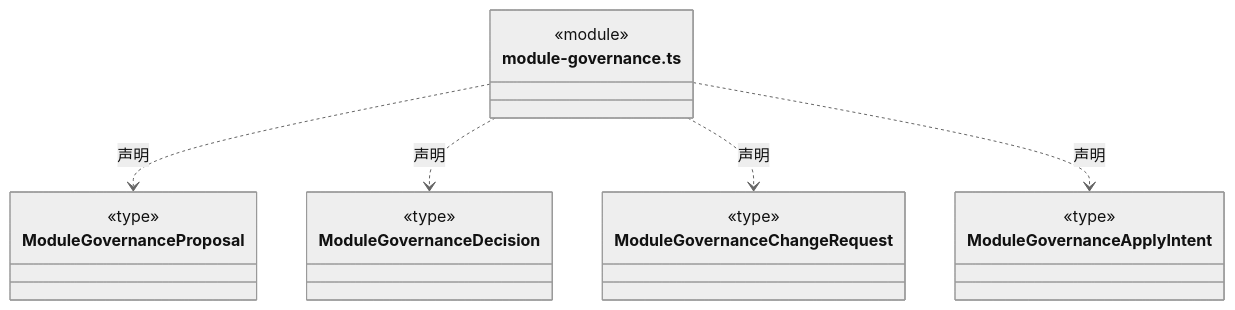
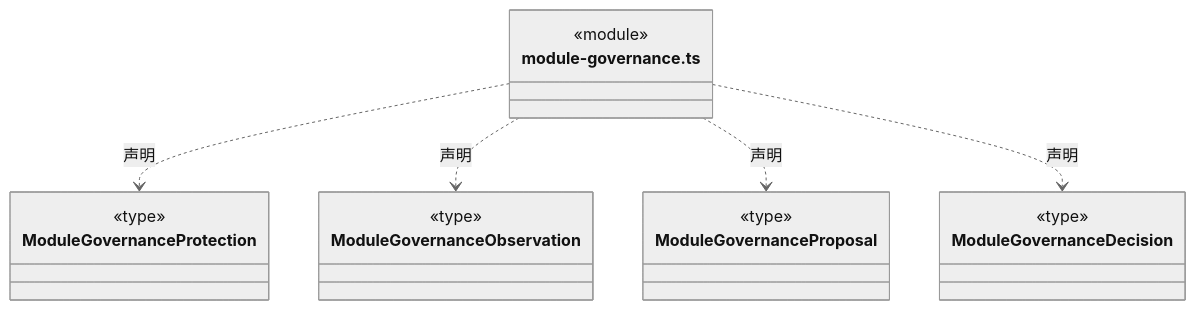
Before and after one commit to nan023062/cbim: the eighth of 13 diagrams in src/backend/core/governance/ARCHITECTURE.md, drawn with Mermaid (neutral theme). The commit also changed other lines of this file and 53 other files, not shown here.

````diff
--- a/src/backend/core/governance/ARCHITECTURE.md
+++ b/src/backend/core/governance/ARCHITECTURE.md
@@ -107,26 +210,26 @@
 ```mermaid
 classDiagram
 class N_src_backend_core_governance_module_governance_ts["module-governance.ts"] {
   <<module>>
 }
+class N_src_backend_core_governance_module_governance_ts_ModuleGovernanceProtection["ModuleGovernanceProtection"] {
+  <<type>>
+
+}
+N_src_backend_core_governance_module_governance_ts ..> N_src_backend_core_governance_module_governance_ts_ModuleGovernanceProtection : 声明
+class N_src_backend_core_governance_module_governance_ts_ModuleGovernanceObservation["ModuleGovernanceObservation"] {
+  <<type>>
+
+}
+N_src_backend_core_governance_module_governance_ts ..> N_src_backend_core_governance_module_governance_ts_ModuleGovernanceObservation : 声明
 class N_src_backend_core_governance_module_governance_ts_ModuleGovernanceProposal["ModuleGovernanceProposal"] {
   <<type>>
 
 }
 N_src_backend_core_governance_module_governance_ts ..> N_src_backend_core_governance_module_governance_ts_ModuleGovernanceProposal : 声明
 class N_src_backend_core_governance_module_governance_ts_ModuleGovernanceDecision["ModuleGovernanceDecision"] {
   <<type>>
 
 }
 N_src_backend_core_governance_module_governance_ts ..> N_src_backend_core_governance_module_governance_ts_ModuleGovernanceDecision : 声明
-class N_src_backend_core_governance_module_governance_ts_ModuleGovernanceChangeRequest["ModuleGovernanceChangeRequest"] {
-  <<type>>
-
-}
-N_src_backend_core_governance_module_governance_ts ..> N_src_backend_core_governance_module_governance_ts_ModuleGovernanceChangeRequest : 声明
-class N_src_backend_core_governance_module_governance_ts_ModuleGovernanceApplyIntent["ModuleGovernanceApplyIntent"] {
-  <<type>>
-
-}
-N_src_backend_core_governance_module_governance_ts ..> N_src_backend_core_governance_module_governance_ts_ModuleGovernanceApplyIntent : 声明
 ```
````
